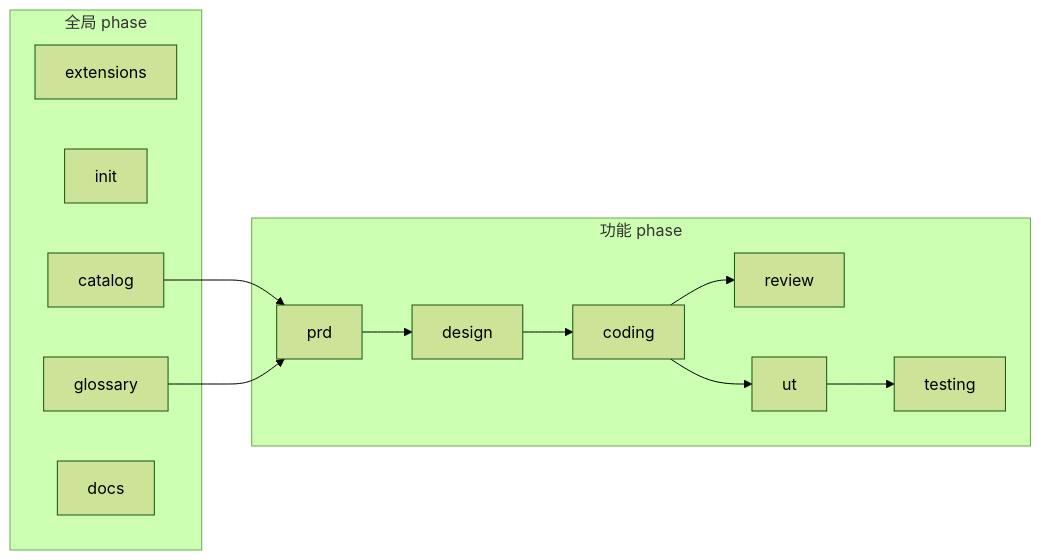
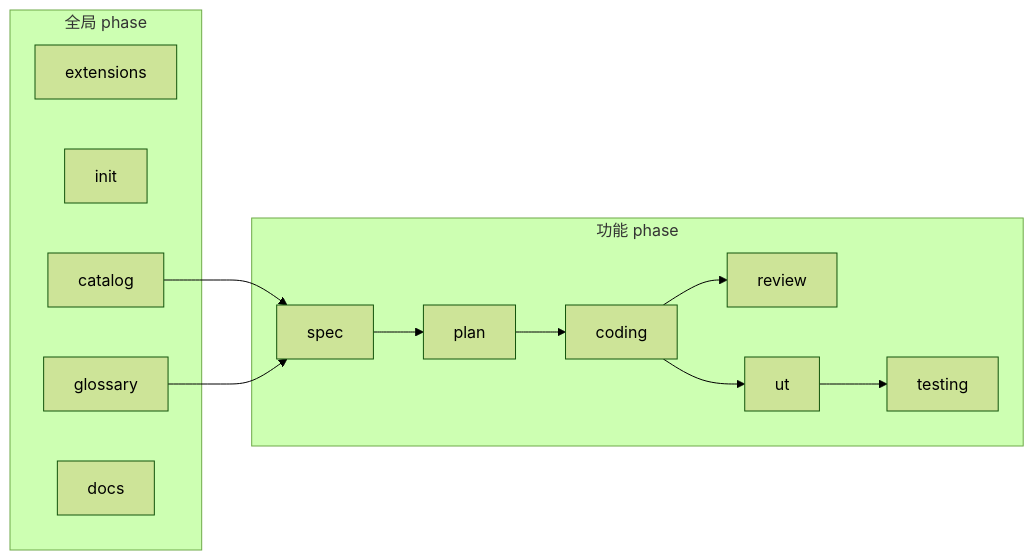
The second of 4 diagrams in docs/overview.md (sqsqsq/agent-maison), drawn with Mermaid (forest theme) before and after one commit. The commit also changed other lines of this file and 51 other files, not shown here.

First line of the commit message:
docs(framework): spec/plan terminology, MIGRATION, and rename plan

````diff
--- a/docs/overview.md
+++ b/docs/overview.md
@@ -98,27 +98,27 @@
 ```mermaid
 flowchart LR
   subgraph glob [全局 phase]
     ext[extensions]
     ini[init]
     cat[catalog]
     glo[glossary]
     docp[docs]
   end
 
   subgraph feat [功能 phase]
-    prd[prd]
-    des[design]
+    spec[spec]
+    plan[plan]
     cod[coding]
     rev[review]
     utp[ut]
     tst[testing]
   end
 
-  prd --> des
-  des --> cod
+  spec --> plan
+  plan --> cod
   cod --> rev
   cod --> utp
   utp --> tst
-  cat --> prd
-  glo --> prd
+  cat --> spec
+  glo --> spec
 ```
````
